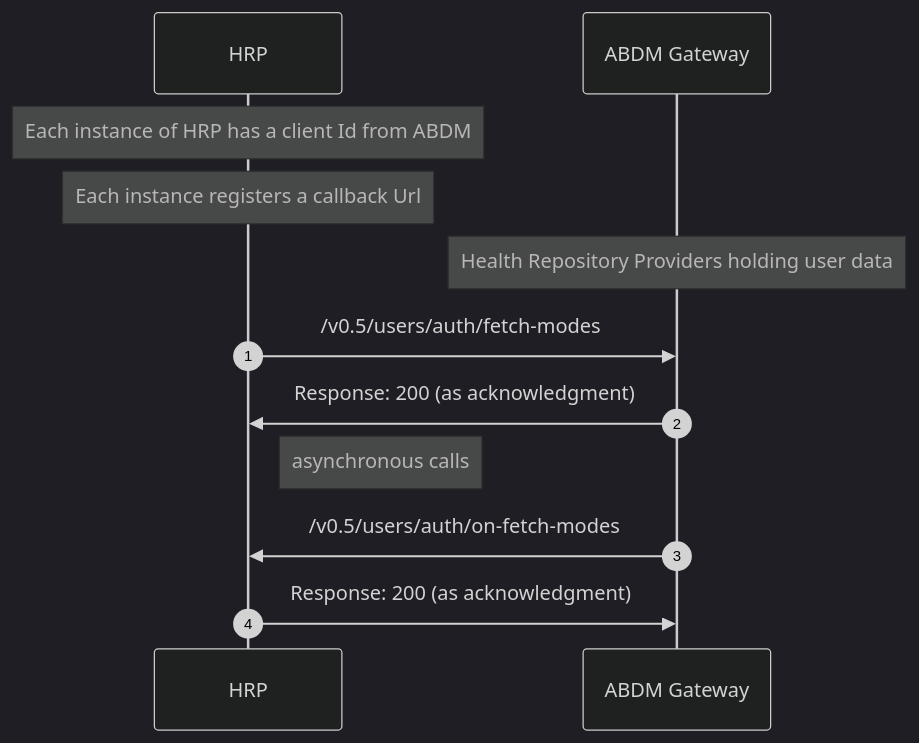
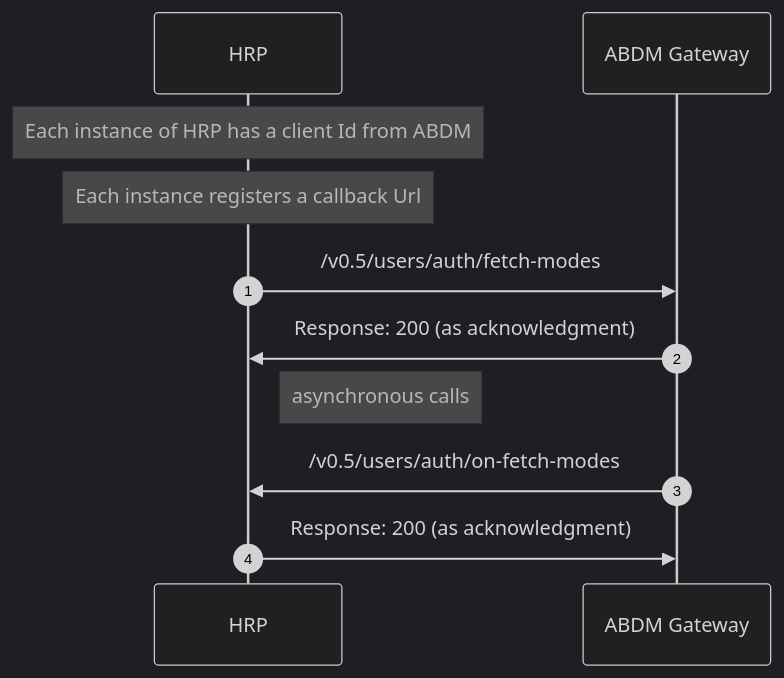
The diagram in content/1-basics/Working_with_ABDM_APIs.md (kiranma72/abdm-docs), drawn with Mermaid (dark theme) before and after one commit. The commit also changed other lines of this file and 1 other file, not shown here.

```diff
--- a/content/1-basics/Working_with_ABDM_APIs.md
+++ b/content/1-basics/Working_with_ABDM_APIs.md
@@ -41,15 +40,14 @@
 {{< mermaid >}}
 %%{init:{"fontSize": "1.0rem", "sequence":{"showSequenceNumbers":true}}}%%
 sequenceDiagram
 autonumber
 participant client as HRP 
 participant gateway as ABDM Gateway
 Note over client : Each instance of HRP has a client Id from ABDM
 Note over client : Each instance registers a callback Url
-Note over gateway : Health Repository Providers holding user data
 client->>gateway: /v0.5/users/auth/fetch-modes
 gateway->>client: Response: 200 (as acknowledgment)
 Note right of client : asynchronous calls 
 gateway->>client: /v0.5/users/auth/on-fetch-modes
 client->>gateway: Response: 200 (as acknowledgment)
 {{< /mermaid >}}
```
